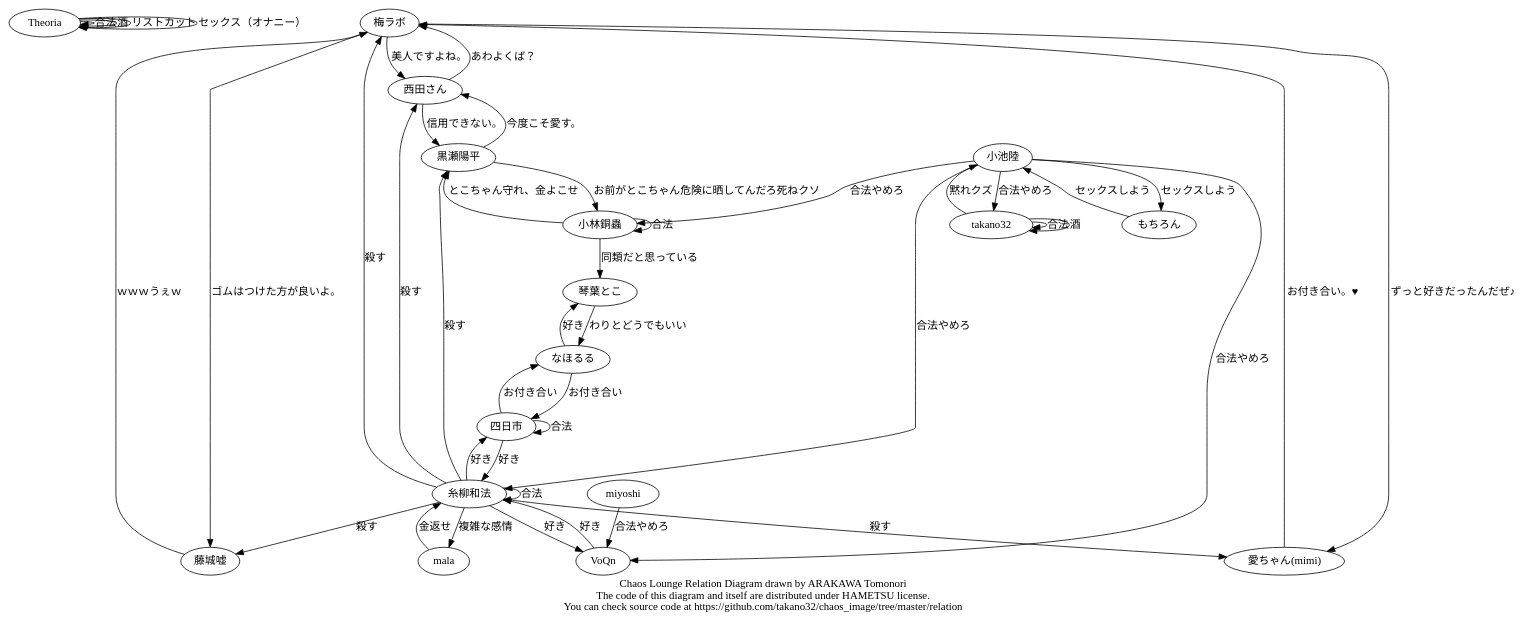
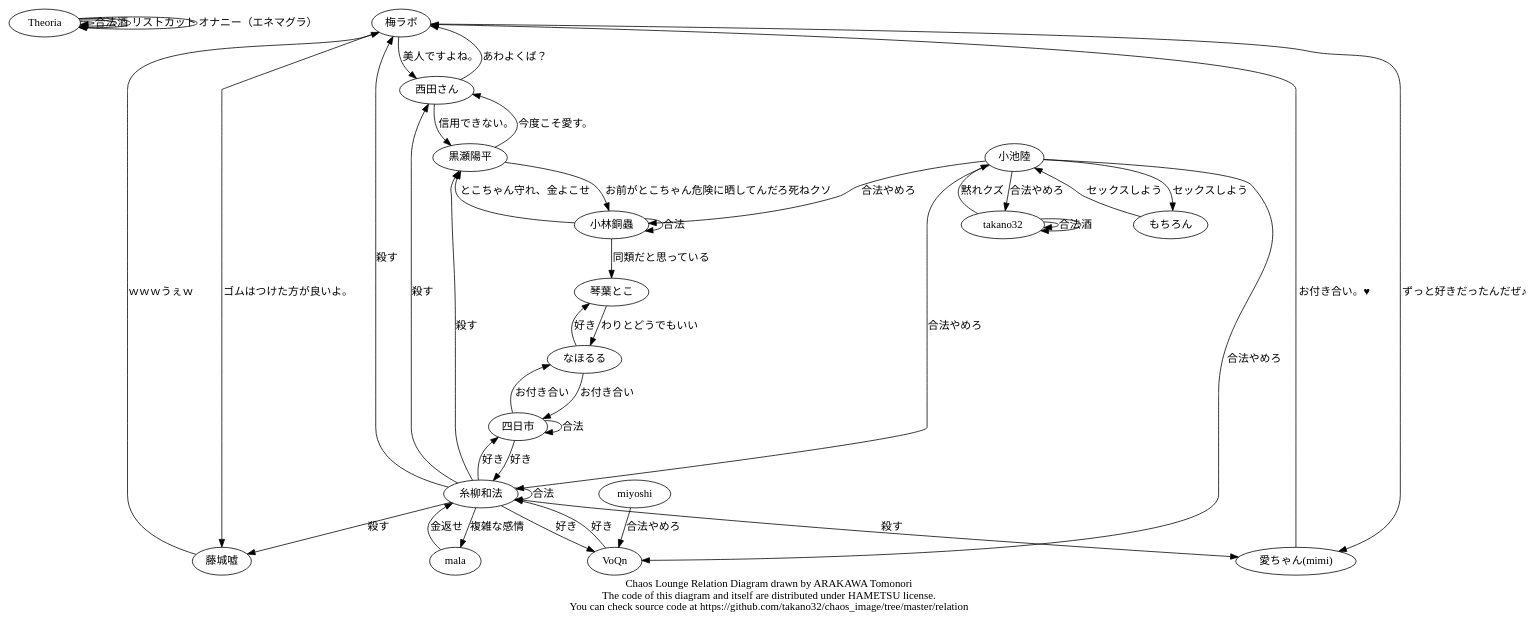
One commit to takano32/DynamicRelationGraph changed the diagram in chaos.dot. Above: the diagram before and after it, drawn with Graphviz.

Commit message:
more theoria update

```diff
--- a/chaos.dot
+++ b/chaos.dot
@@ -1,51 +1,51 @@
 digraph Chaos {
   Theoria   -> Theoria  [label = "合法"];
   Theoria   -> Theoria  [label = "酒"];
   Theoria   -> Theoria  [label = "リストカット"];
-  Theoria   -> Theoria  [label = "セックス（オナニー）"];
+  Theoria   -> Theoria  [label = "オナニー（エネマグラ）"];
   梅ラボ    -> 藤城嘘   [label = "ゴムはつけた方が良いよ。"];
   梅ラボ    -> 西田さん [label = "美人ですよね。"];
   梅ラボ -> "愛ちゃん(mimi)" [label = "ずっと好きだったんだぜ♪"];
   藤城嘘   -> 梅ラボ   [label = "ｗｗｗうぇｗ"];
   西田さん -> 梅ラボ   [label = "あわよくば？"];
   西田さん -> 黒瀬陽平 [label = "信用できない。"];
   黒瀬陽平 -> 西田さん [label = "今度こそ愛す。"];
   黒瀬陽平 -> 小林銅蟲 [label = "お前がとこちゃん危険に晒してんだろ死ねクソ"];
   "愛ちゃん(mimi)" -> 梅ラボ [label = "お付き合い。♥"];
   糸柳和法 -> 梅ラボ  [label = "殺す"];
   糸柳和法 -> 藤城嘘   [label = "殺す"];
   糸柳和法 -> 黒瀬陽平 [label = "殺す"];
   糸柳和法 -> 西田さん [label = "殺す"];
   糸柳和法 -> "愛ちゃん(mimi)" [label = "殺す"];
   糸柳和法 -> 四日市 [label = "好き"];
   糸柳和法 -> VoQn [label = "好き"];
   糸柳和法 -> mala [label = "複雑な感情"];
   糸柳和法 -> 糸柳和法 [label = "合法"];
   mala -> 糸柳和法 [label = "金返せ"];
   小池陸 -> 糸柳和法 [label = "合法やめろ"];
   小池陸 -> takano32 [label = "合法やめろ"];
   小池陸 -> 小林銅蟲 [label = "合法やめろ"];
   小池陸 -> VoQn [label = "合法やめろ"];
   小池陸 -> もちろん [label = "セックスしよう"];
   もちろん -> 小池陸 [label = "セックスしよう"];
   miyoshi -> VoQn [label = "合法やめろ"];
   小林銅蟲 -> 黒瀬陽平 [label = "とこちゃん守れ、金よこせ"];
   小林銅蟲 -> 琴葉とこ [label = "同類だと思っている"];
   小林銅蟲 -> 小林銅蟲 [label = "合法"];
   takano32 -> 小池陸 [label = "黙れクズ"];
   takano32 -> takano32 [label = "合法"];
   takano32 -> takano32 [label = "酒"];
   なほるる -> 琴葉とこ [label = "好き"];
   なほるる -> 四日市 [label = "お付き合い"];
   琴葉とこ -> なほるる [label = "わりとどうでもいい"];
   四日市 -> なほるる [label = "お付き合い"];
   四日市 -> 糸柳和法 [label = "好き"];
   四日市 -> 四日市 [label = "合法"];
   VoQn -> 糸柳和法 [label = "好き"];
   subgraph cluster_hoge {
     style = filled;
     color = lightgrey;
     // see also http://graphviz.org/content/cluster
   }
   label = "Chaos Lounge Relation Diagram drawn by ARAKAWA Tomonori\nThe code of this diagram and itself are distributed under HAMETSU license.\nYou can check source code at https://github.com/takano32/chaos_image/tree/master/relation";
 }
```
